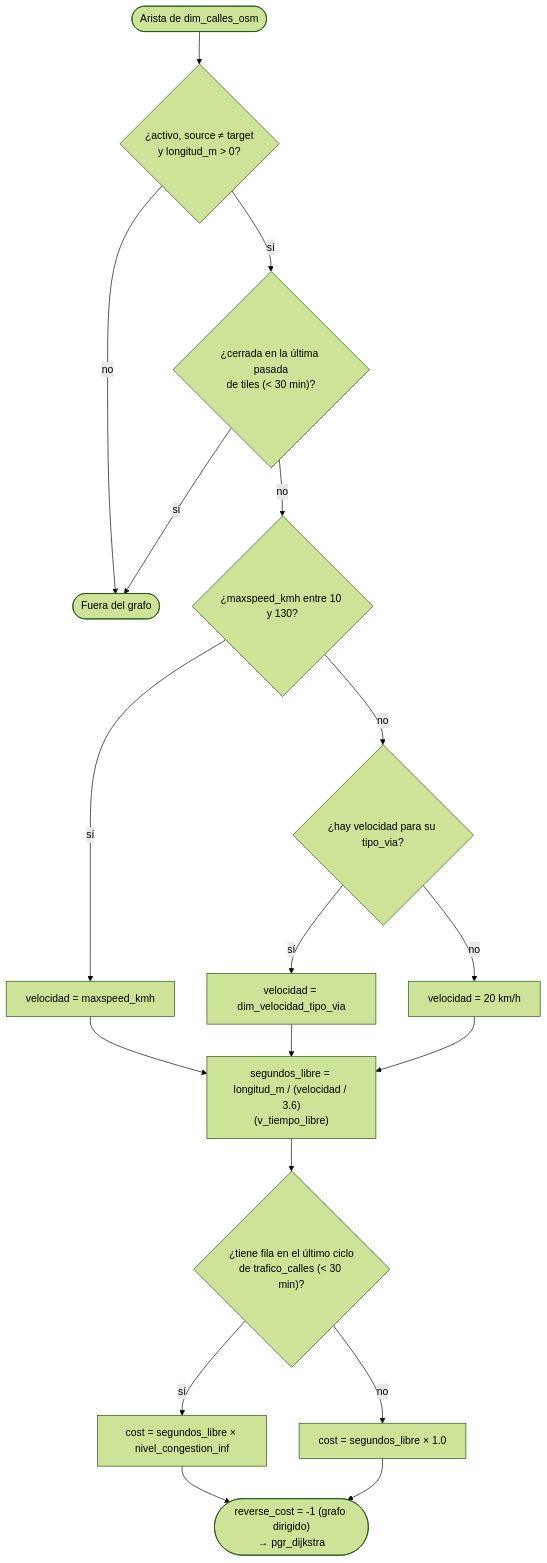
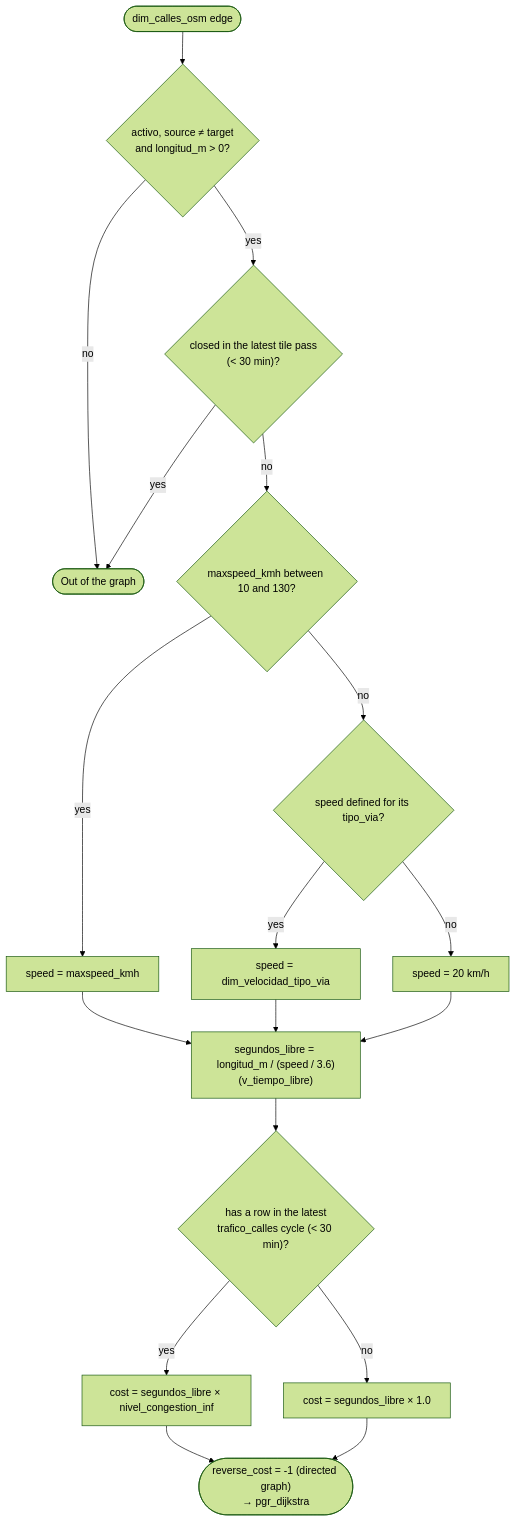
One commit to alejandro-araujo-orellana/geoTracker changed the second of 2 diagrams in docs/ROUTING.md. Above: the diagram before and after it, drawn with Mermaid (forest theme). The commit also changed other lines of this file and 16 other files, not shown here.

````diff
--- a/docs/ROUTING.md
+++ b/docs/ROUTING.md
@@ -88,17 +88,17 @@
 ```mermaid
 flowchart TD
-    A([Arista de dim_calles_osm]) --> B{"¿activo, source ≠ target<br/>y longitud_m > 0?"}
-    B -- no --> X([Fuera del grafo])
-    B -- sí --> C{"¿cerrada en la última pasada<br/>de tiles (< 30 min)?"}
-    C -- sí --> X
-    C -- no --> D{"¿maxspeed_kmh entre 10 y 130?"}
-    D -- sí --> V1[velocidad = maxspeed_kmh]
-    D -- no --> E{"¿hay velocidad para su tipo_via?"}
-    E -- sí --> V2[velocidad = dim_velocidad_tipo_via]
-    E -- no --> V3[velocidad = 20 km/h]
-    V1 & V2 & V3 --> L["segundos_libre = longitud_m / (velocidad / 3.6)<br/>(v_tiempo_libre)"]
-    L --> F{"¿tiene fila en el último ciclo<br/>de trafico_calles (< 30 min)?"}
-    F -- sí --> G["cost = segundos_libre × nivel_congestion_inf"]
+    A([dim_calles_osm edge]) --> B{"activo, source ≠ target<br/>and longitud_m > 0?"}
+    B -- no --> X([Out of the graph])
+    B -- yes --> C{"closed in the latest tile pass<br/>(< 30 min)?"}
+    C -- yes --> X
+    C -- no --> D{"maxspeed_kmh between 10 and 130?"}
+    D -- yes --> V1[speed = maxspeed_kmh]
+    D -- no --> E{"speed defined for its tipo_via?"}
+    E -- yes --> V2[speed = dim_velocidad_tipo_via]
+    E -- no --> V3[speed = 20 km/h]
+    V1 & V2 & V3 --> L["segundos_libre = longitud_m / (speed / 3.6)<br/>(v_tiempo_libre)"]
+    L --> F{"has a row in the latest<br/>trafico_calles cycle (< 30 min)?"}
+    F -- yes --> G["cost = segundos_libre × nivel_congestion_inf"]
     F -- no --> H["cost = segundos_libre × 1.0"]
-    G & H --> R(["reverse_cost = -1 (grafo dirigido)<br/>→ pgr_dijkstra"])
+    G & H --> R(["reverse_cost = -1 (directed graph)<br/>→ pgr_dijkstra"])
 ```
````
